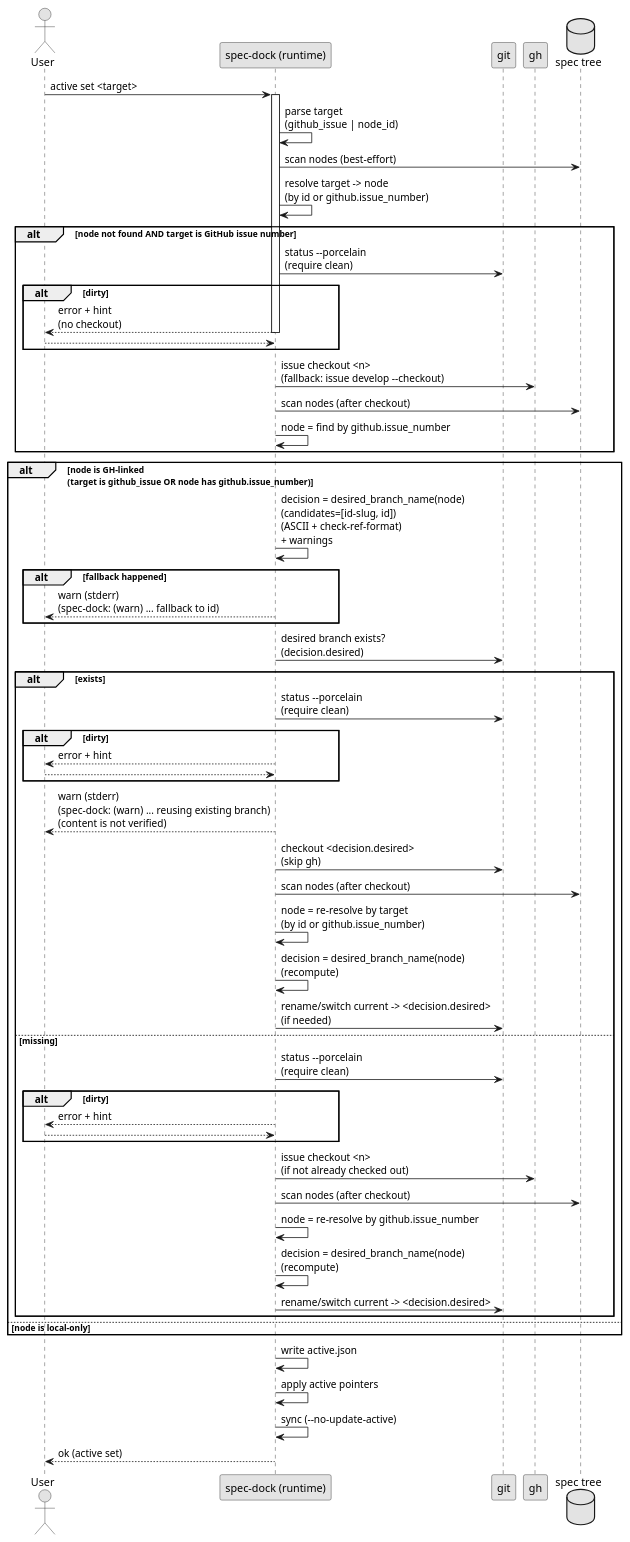
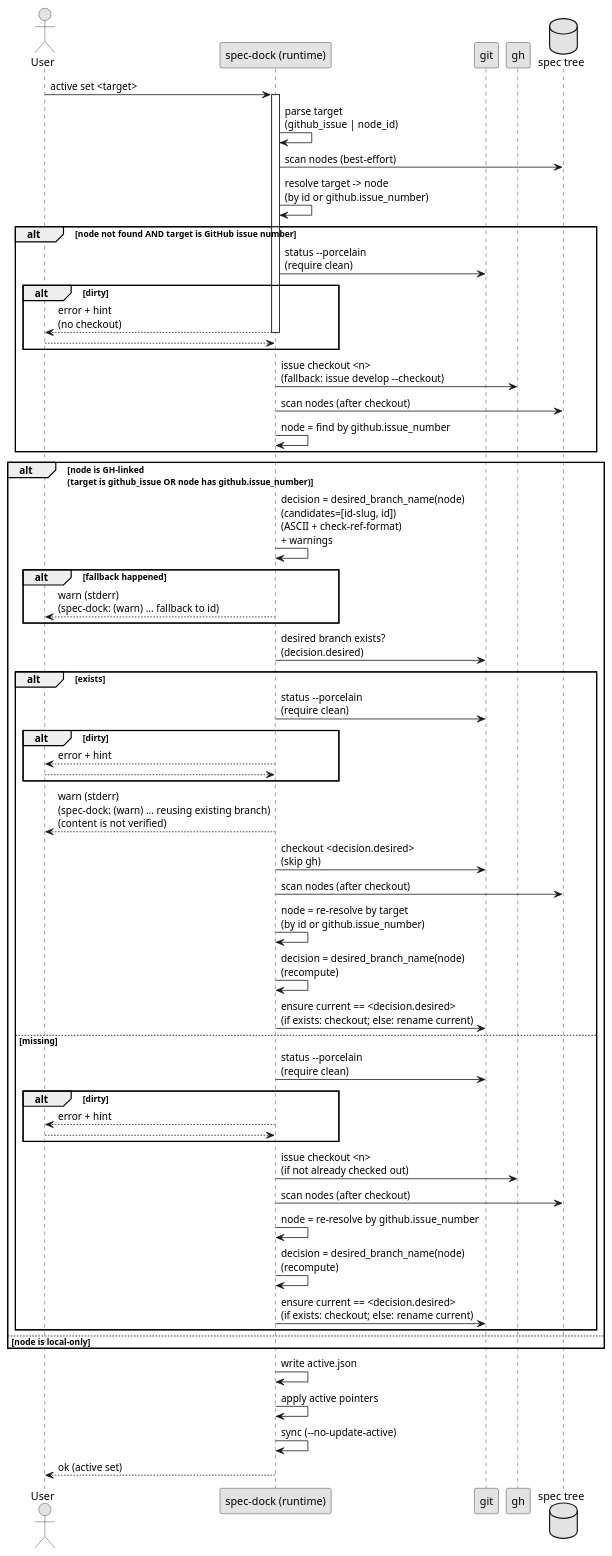
One commit to chemitaro/spec-dock changed the first of 8 diagrams in tmp/issue-5/design.md. Above: the diagram before and after it, drawn with PlantUML. The commit also changed other lines of this file and 2 other files, not shown here.

Commit message:
docs(issue-5): 既存ブランチ再利用時の仕様と分岐条件を更新 - design の分岐図を、既存ブランチなら `checkout`、なければ `rename` に統一 - requirement に非破壊操作（`checkout`/`rename`）を許容し、破壊的操作を禁止する旨を追記 - plan を `active set 123` と `active set iss-00123` の双方で既存ブランチ再利用分岐を担保する記述に修正

````diff
--- a/tmp/issue-5/design.md
+++ b/tmp/issue-5/design.md
@@ -88,75 +89,75 @@
 ```plantuml
 @startuml
 skinparam monochrome true
 
 actor User
 participant "spec-dock (runtime)" as Script
 participant "git" as Git
 participant "gh" as GH
 database "spec tree" as FS
 
 User -> Script: active set <target>
 activate Script
 
 Script -> Script: parse target\n(github_issue | node_id)
 Script -> FS: scan nodes (best-effort)
 Script -> Script: resolve target -> node\n(by id or github.issue_number)
 
 alt node not found AND target is GitHub issue number
   Script -> Git: status --porcelain\n(require clean)
   alt dirty
     Script --> User: error + hint\n(no checkout)
     deactivate Script
     return
   end
   Script -> GH: issue checkout <n>\n(fallback: issue develop --checkout)
   Script -> FS: scan nodes (after checkout)
   Script -> Script: node = find by github.issue_number
 end
 
 alt node is GH-linked\n(target is github_issue OR node has github.issue_number)
   Script -> Script: decision = desired_branch_name(node)\n(candidates=[id-slug, id])\n(ASCII + check-ref-format)\n+ warnings
   alt fallback happened
     Script --> User: warn (stderr)\n(spec-dock: (warn) ... fallback to id)
   end
 
   Script -> Git: desired branch exists?\n(decision.desired)
   alt exists
 	  Script -> Git: status --porcelain\n(require clean)
 	  alt dirty
 	    Script --> User: error + hint
 	    deactivate Script
 	    return
 	  end
 	  Script --> User: warn (stderr)\n(spec-dock: (warn) ... reusing existing branch)\n(content is not verified)
 	  Script -> Git: checkout <decision.desired>\n(skip gh)
 	  Script -> FS: scan nodes (after checkout)
 	  Script -> Script: node = re-resolve by target\n(by id or github.issue_number)
 	  Script -> Script: decision = desired_branch_name(node)\n(recompute)
-	  Script -> Git: rename/switch current -> <decision.desired>\n(if needed)
+	  Script -> Git: ensure current == <decision.desired>\n(if exists: checkout; else: rename current)
 	else missing
 	    Script -> Git: status --porcelain\n(require clean)
 	    alt dirty
 	      Script --> User: error + hint
 	      deactivate Script
       return
     end
     Script -> GH: issue checkout <n>\n(if not already checked out)
-    Script -> FS: scan nodes (after checkout)
-    Script -> Script: node = re-resolve by github.issue_number
-    Script -> Script: decision = desired_branch_name(node)\n(recompute)
-    Script -> Git: rename/switch current -> <decision.desired>
-  end
-else node is local-only
-  note right
-    Local-only node (no GitHub link)\n=> do not checkout/rename branches\n(update active.json only)
+	    Script -> FS: scan nodes (after checkout)
+	    Script -> Script: node = re-resolve by github.issue_number
+	    Script -> Script: decision = desired_branch_name(node)\n(recompute)
+	    Script -> Git: ensure current == <decision.desired>\n(if exists: checkout; else: rename current)
+	  end
+	else node is local-only
+	  note right
+	    Local-only node (no GitHub link)\n=> do not checkout/rename branches\n(update active.json only)
   end note
 end
 
 Script -> Script: write active.json
 Script -> Script: apply active pointers
 Script -> Script: sync (--no-update-active)
 Script --> User: ok (active set)
 deactivate Script
 @enduml
 ```
````
